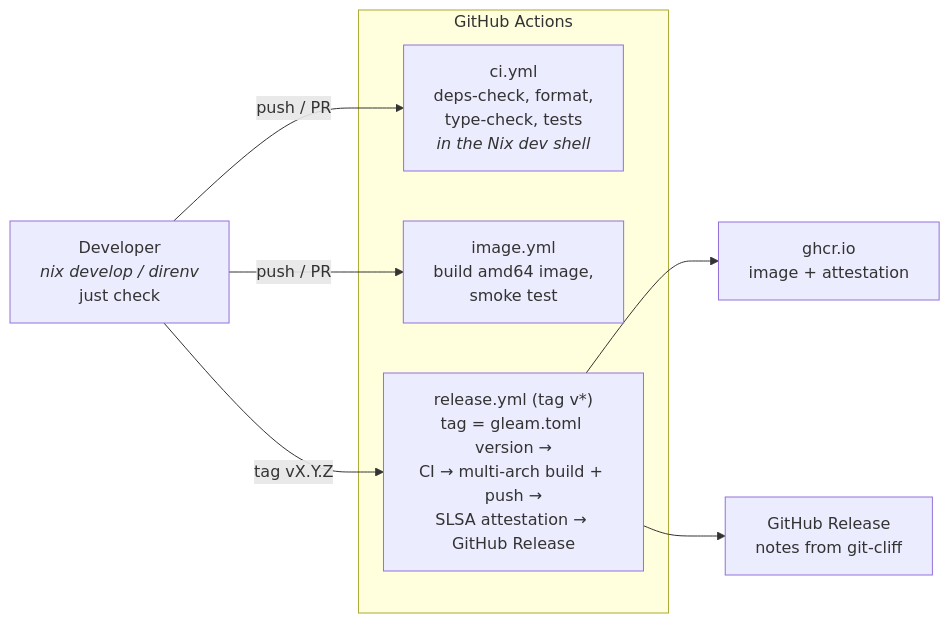
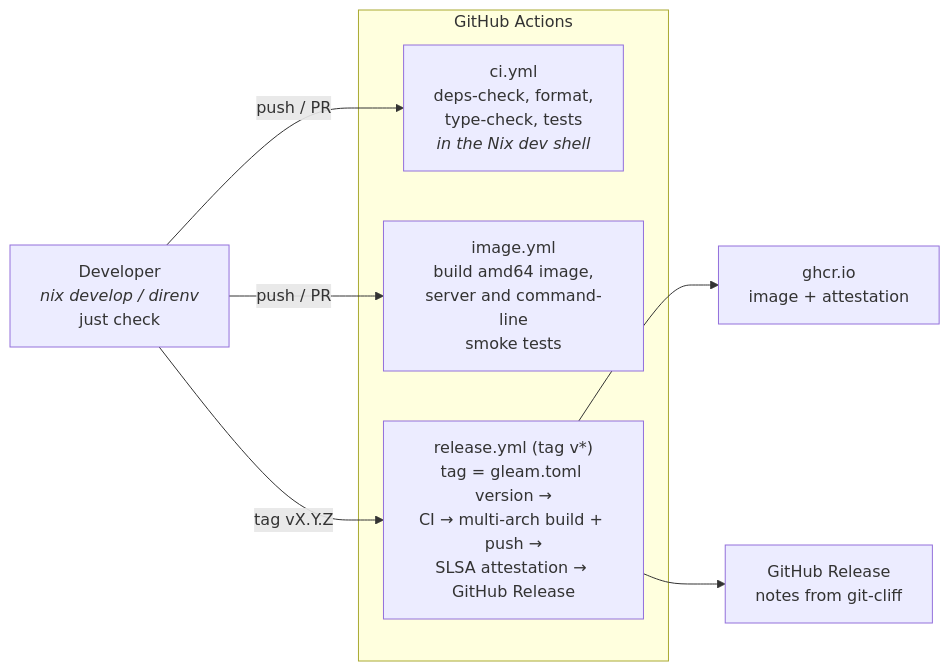
One commit to sourcloud/yaml2cv changed the tenth of 11 diagrams in docs/architecture.md. Above: the diagram before and after it, drawn with Mermaid. The commit also changed other lines of this file, not shown here.

Commit message:
docs(architecture): describe the command-line mode

````diff
--- a/docs/architecture.md
+++ b/docs/architecture.md
@@ -593,13 +622,13 @@
 ```mermaid
 flowchart LR
     dev["Developer<br/><i>nix develop / direnv</i><br/>just check"] -- "push / PR" --> ci
     subgraph gh["GitHub Actions"]
         ci["ci.yml<br/>deps-check, format,<br/>type-check, tests<br/><i>in the Nix dev shell</i>"]
-        image["image.yml<br/>build amd64 image,<br/>smoke test"]
+        image["image.yml<br/>build amd64 image,<br/>server and command-line<br/>smoke tests"]
         release["release.yml (tag v*)<br/>tag = gleam.toml version →<br/>CI → multi-arch build + push →<br/>SLSA attestation → GitHub Release"]
     end
     dev -- "tag vX.Y.Z" --> release
     dev -- "push / PR" --> image
     release --> ghcr["ghcr.io<br/>image + attestation"]
     release --> rel["GitHub Release<br/>notes from git-cliff"]
 ```
````
